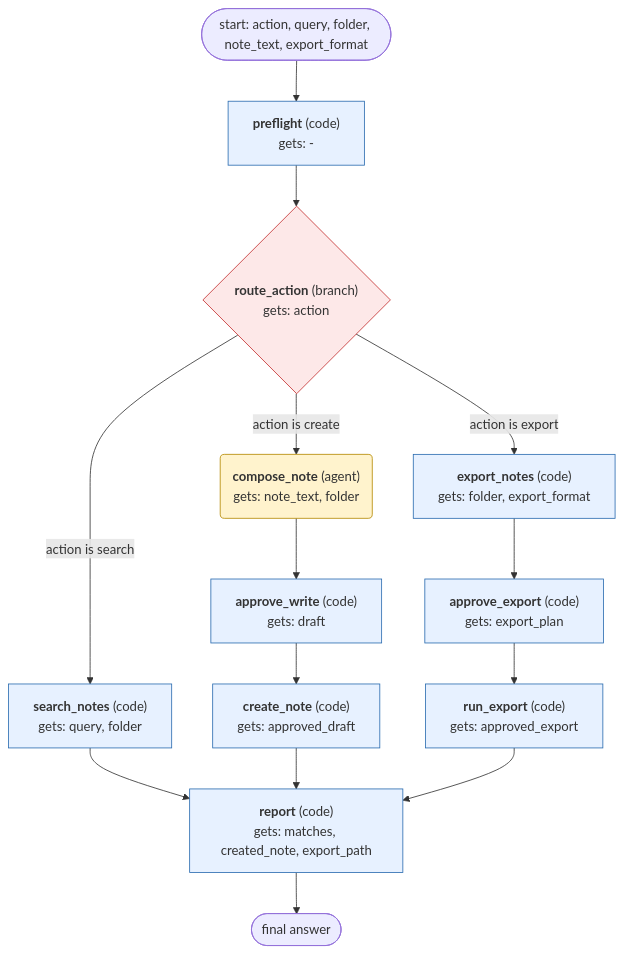
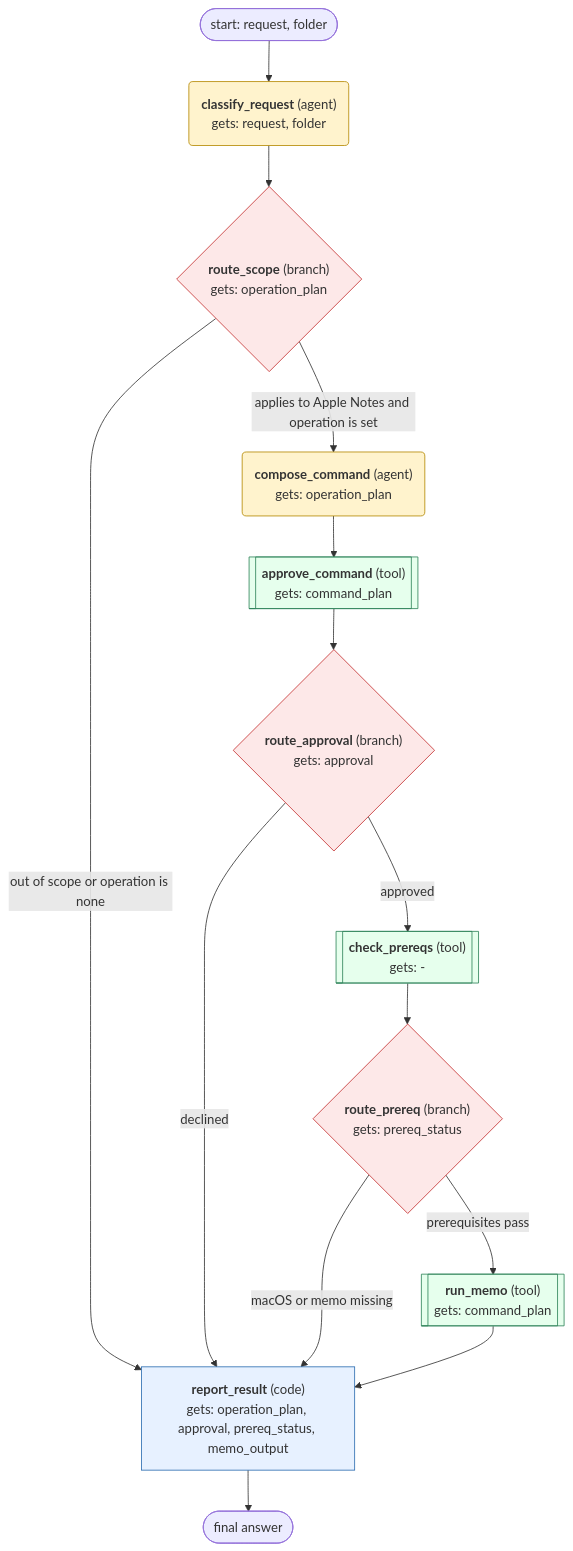
Before and after one commit to payalkanyan/hermes-pilot: the diagram in workflow/generated/apple-notes/FLOWCHART.md, drawn with Mermaid. The commit also changed other lines of this file and 39 other files, not shown here.

````diff
--- a/workflow/generated/apple-notes/FLOWCHART.md
+++ b/workflow/generated/apple-notes/FLOWCHART.md
@@ -5,34 +5,34 @@
 ```mermaid
 flowchart TD
-  start(["start: action, query, folder, note_text, export_format"])
-  preflight["<b>preflight</b> (code)<br/>gets: -"]
-  route_action{"<b>route_action</b> (branch)<br/>gets: action"}
-  search_notes["<b>search_notes</b> (code)<br/>gets: query, folder"]
-  compose_note("<b>compose_note</b> (agent)<br/>gets: note_text, folder")
-  approve_write["<b>approve_write</b> (code)<br/>gets: draft"]
-  create_note["<b>create_note</b> (code)<br/>gets: approved_draft"]
-  export_notes["<b>export_notes</b> (code)<br/>gets: folder, export_format"]
-  approve_export["<b>approve_export</b> (code)<br/>gets: export_plan"]
-  run_export["<b>run_export</b> (code)<br/>gets: approved_export"]
-  report["<b>report</b> (code)<br/>gets: matches, created_note, export_path"]
-  report --> finish(["final answer"])
-  start --> preflight
-  preflight --> route_action
-  route_action -->|action is search| search_notes
-  route_action -->|action is create| compose_note
-  route_action -->|action is export| export_notes
-  search_notes --> report
-  compose_note --> approve_write
-  approve_write --> create_note
-  create_note --> report
-  export_notes --> approve_export
-  approve_export --> run_export
-  run_export --> report
+  start(["start: request, folder"])
+  classify_request("<b>classify_request</b> (agent)<br/>gets: request, folder")
+  route_scope{"<b>route_scope</b> (branch)<br/>gets: operation_plan"}
+  compose_command("<b>compose_command</b> (agent)<br/>gets: operation_plan")
+  approve_command[["<b>approve_command</b> (tool)<br/>gets: command_plan"]]
+  route_approval{"<b>route_approval</b> (branch)<br/>gets: approval"}
+  check_prereqs[["<b>check_prereqs</b> (tool)<br/>gets: -"]]
+  route_prereq{"<b>route_prereq</b> (branch)<br/>gets: prereq_status"}
+  run_memo[["<b>run_memo</b> (tool)<br/>gets: command_plan"]]
+  report_result["<b>report_result</b> (code)<br/>gets: operation_plan, approval, prereq_status, memo_output"]
+  report_result --> finish(["final answer"])
+  start --> classify_request
+  classify_request --> route_scope
+  route_scope -->|applies to Apple Notes and operation is set| compose_command
+  route_scope -->|out of scope or operation is none| report_result
+  compose_command --> approve_command
+  approve_command --> route_approval
+  route_approval -->|approved| check_prereqs
+  route_approval -->|declined| report_result
+  check_prereqs --> route_prereq
+  route_prereq -->|prerequisites pass| run_memo
+  route_prereq -->|macOS or memo missing| report_result
+  run_memo --> report_result
   classDef agent fill:#fff3cd,stroke:#b58900;
   classDef code fill:#e7f1ff,stroke:#2b6cb0;
   classDef tool fill:#e6ffed,stroke:#2f855a;
   classDef branch fill:#fde8e8,stroke:#c53030;
-  class compose_note agent;
-  class route_action branch;
-  class preflight,search_notes,approve_write,create_note,export_notes,approve_export,run_export,report code;
+  class approve_command,check_prereqs,run_memo tool;
+  class classify_request,compose_command agent;
+  class report_result code;
+  class route_scope,route_approval,route_prereq branch;
 ```
````
